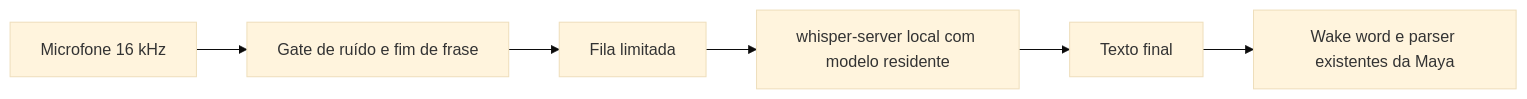
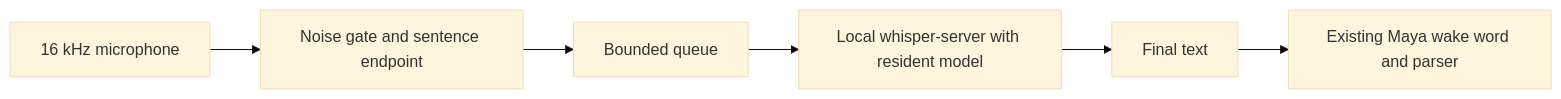
Before and after one commit to gui-bertoso/maya: the diagram in docs/whisper-cpp.md, drawn with Mermaid (base theme). The commit also changed other lines of this file and 23 other files, not shown here.

````diff
--- a/docs/whisper-cpp.md
+++ b/docs/whisper-cpp.md
@@ -5,8 +5,8 @@
 ```mermaid
 flowchart LR
-  A[Microfone 16 kHz] --> B[Gate de ruído e fim de frase]
-  B --> C[Fila limitada]
-  C --> D[whisper-server local com modelo residente]
-  D --> E[Texto final]
-  E --> F[Wake word e parser existentes da Maya]
+  A[16 kHz microphone] --> B[Noise gate and sentence endpoint]
+  B --> C[Bounded queue]
+  C --> D[Local whisper-server with resident model]
+  D --> E[Final text]
+  E --> F[Existing Maya wake word and parser]
 ```
````
